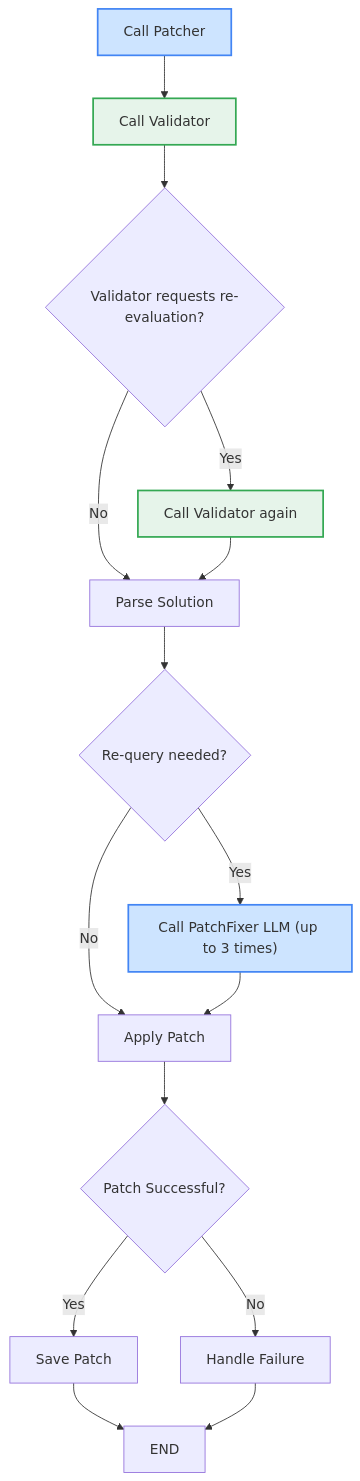
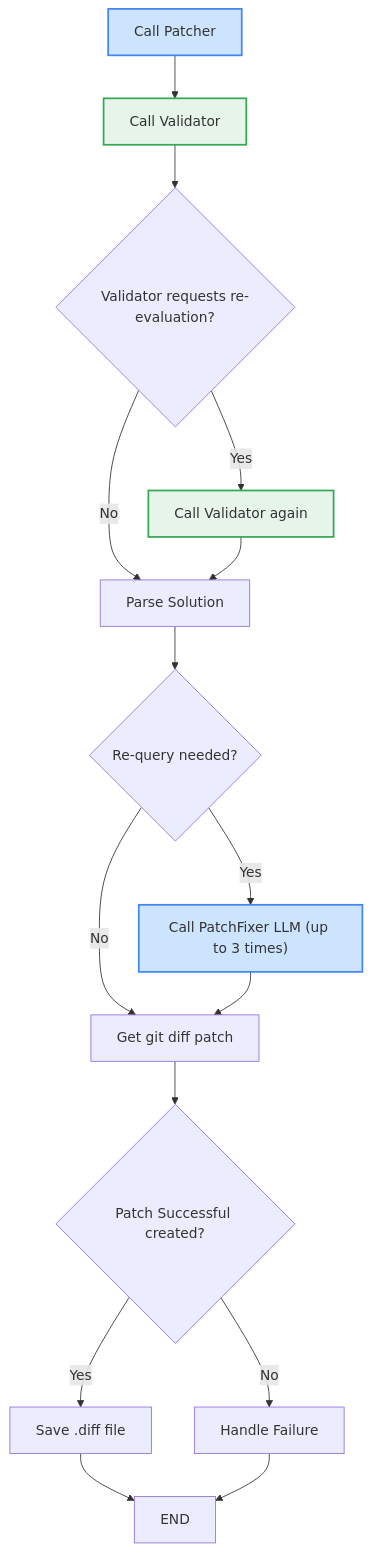
One commit to JudiniLabs/codegpt-swe-bench changed the first of 2 diagrams in README.md. Above: the diagram before and after it, drawn with Mermaid. The commit also changed other lines of this file, not shown here.

Commit message:
Update README.md to clarify patch application process and fuzzy matching logic

````diff
--- a/README.md
+++ b/README.md
@@ -106,27 +106,27 @@
 ```mermaid
 graph TD
 
 
         G["Call Patcher"] --> H["Call Validator"];
         H --> I{Validator requests re-evaluation?};
         I -- Yes --> J["Call Validator again"];
         I -- No --> K[Parse Solution];
         J --> K;
 
         K --> L{Re-query needed?};
         L -- Yes --> M["Call PatchFixer LLM (up to 3 times)"];
-        L -- No --> N[Apply Patch];
+        L -- No --> N[Get git diff patch ];
         M --> N;
 
-        N --> O{Patch Successful?};
-        O -- Yes --> P[Save Patch];
+        N --> O{Patch Successful created?};
+        O -- Yes --> P[Save .diff file];
         O -- No --> Q[Handle Failure];
         P --> Z;
         Q --> Z[END];
 
     %% Styling to highlight LLM calls
     style G fill:#cde4ff,stroke:#4285F4,stroke-width:2px
     style H fill:#e6f4ea,stroke:#34A853,stroke-width:2px
     style J fill:#e6f4ea,stroke:#34A853,stroke-width:2px
     style M fill:#cde4ff,stroke:#4285F4,stroke-width:2px
 ```
````
